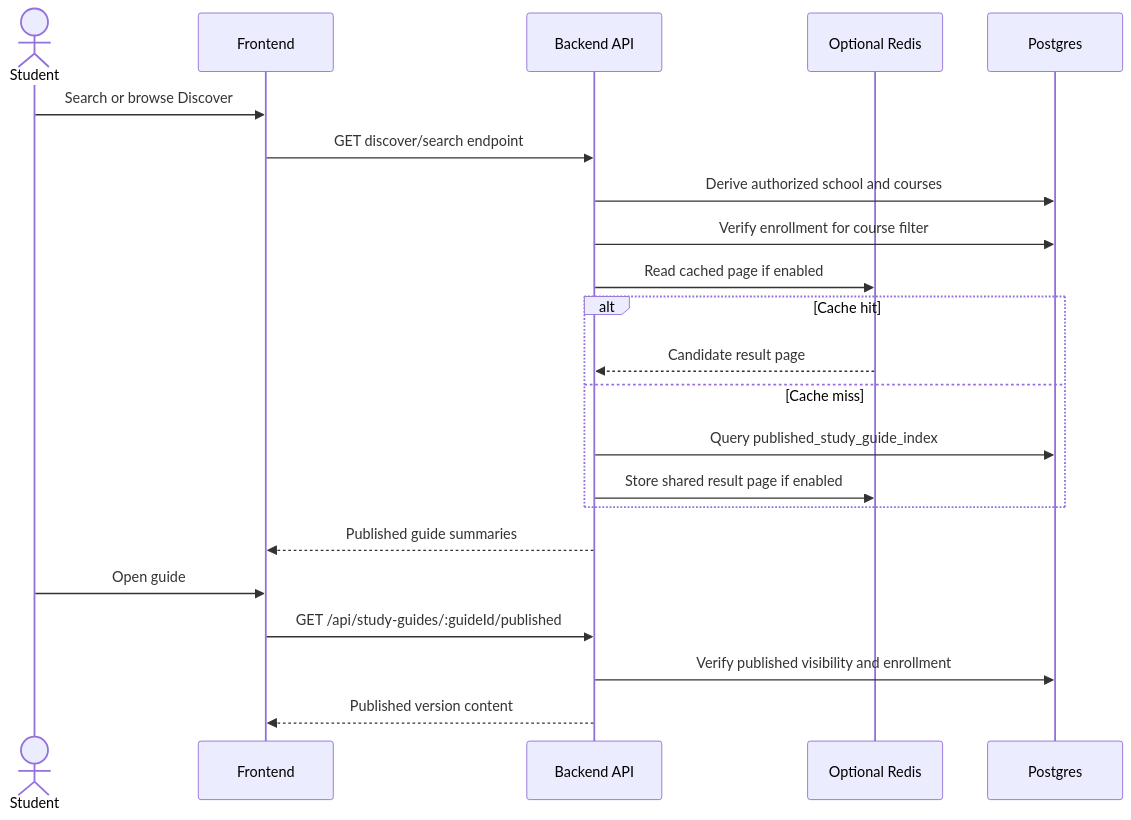
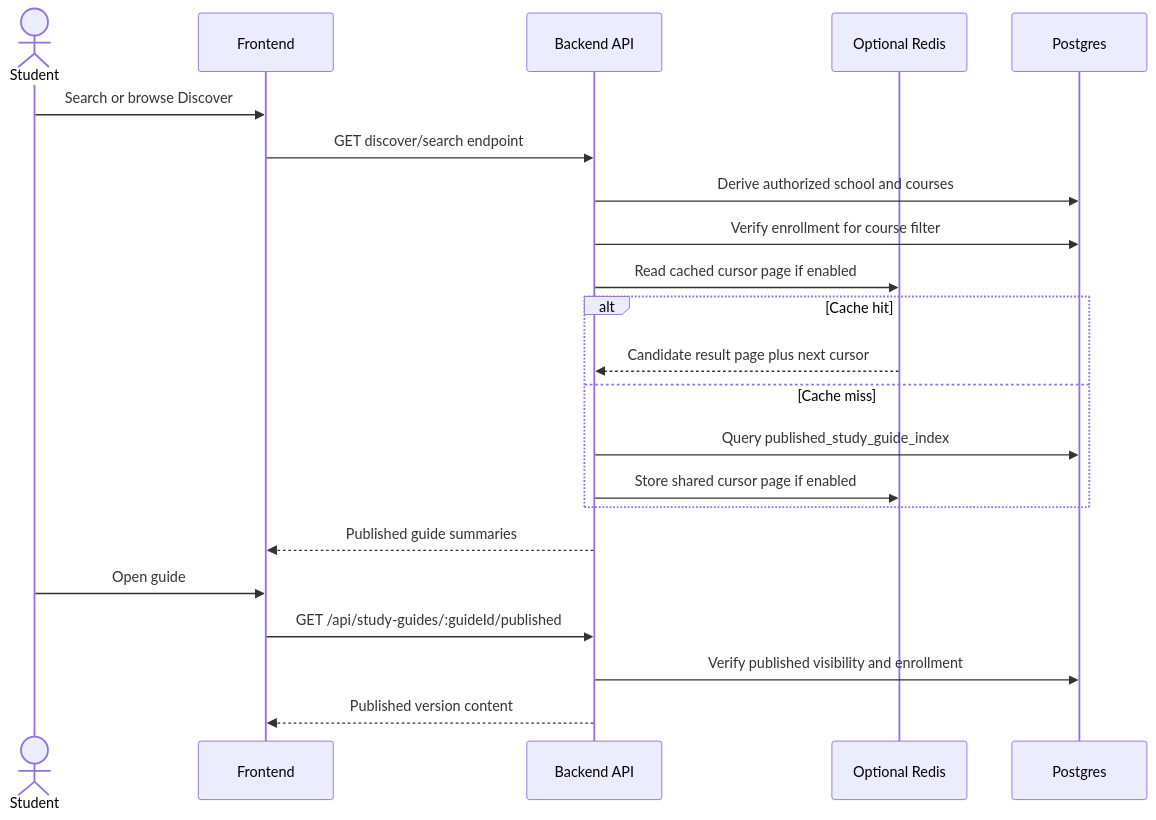
Before and after one commit to skyeyestang99/studyhack-backend: the fourth of 5 diagrams in docs/Study-Guide-Discovery-Design-Doc.md, drawn with Mermaid. The commit also changed other lines of this file, not shown here.

````diff
--- a/docs/Study-Guide-Discovery-Design-Doc.md
+++ b/docs/Study-Guide-Discovery-Design-Doc.md
@@ -207,25 +209,25 @@
 ```mermaid
 sequenceDiagram
   actor Student
   participant FE as Frontend
   participant API as Backend API
   participant Cache as Optional Redis
   participant DB as Postgres
 
   Student->>FE: Search or browse Discover
   FE->>API: GET discover/search endpoint
   API->>DB: Derive authorized school and courses
   API->>DB: Verify enrollment for course filter
-  API->>Cache: Read cached page if enabled
+  API->>Cache: Read cached cursor page if enabled
   alt Cache hit
-    Cache-->>API: Candidate result page
+    Cache-->>API: Candidate result page plus next cursor
   else Cache miss
     API->>DB: Query published_study_guide_index
-    API->>Cache: Store shared result page if enabled
+    API->>Cache: Store shared cursor page if enabled
   end
   API-->>FE: Published guide summaries
   Student->>FE: Open guide
   FE->>API: GET /api/study-guides/:guideId/published
   API->>DB: Verify published visibility and enrollment
   API-->>FE: Published version content
 ```
````
